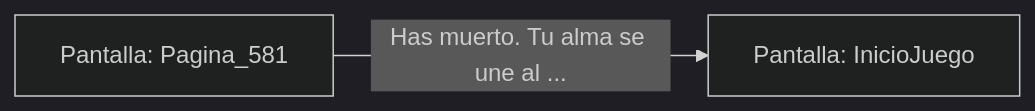
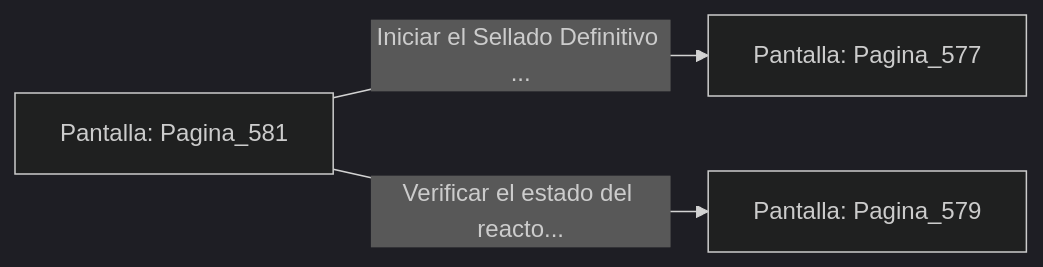
One commit to metsuke/mpl changed the diagram in sample/eligejuego-vault/Pantalla_Pagina_581.md. Above: the diagram before and after it, drawn with Mermaid (dark theme). The commit also changed other lines of this file and 635 other files, not shown here.

First line of the commit message:
fix: añadir Pagina_1 como pantalla inicial en capitulo_01.mpl

````diff
--- a/sample/eligejuego-vault/Pantalla_Pagina_581.md
+++ b/sample/eligejuego-vault/Pantalla_Pagina_581.md
@@ -17,5 +24,6 @@
 ```mermaid
 graph LR
     P_Pagina_581["Pantalla: Pagina_581"]
-    P_Pagina_581 -->|"Has muerto. Tu alma se une al ..."| P_InicioJuego["Pantalla: InicioJuego"]
+    P_Pagina_581 -->|"Iniciar el Sellado Definitivo ..."| P_Pagina_577["Pantalla: Pagina_577"]
+    P_Pagina_581 -->|"Verificar el estado del reacto..."| P_Pagina_579["Pantalla: Pagina_579"]
 ```
````
